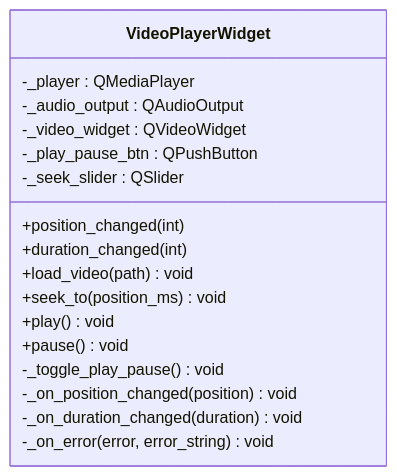
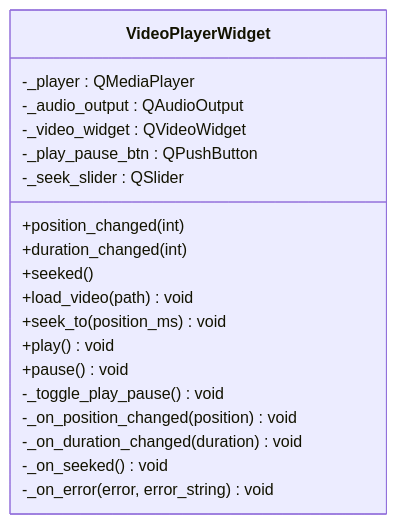
The third of 7 diagrams in .qoder/repowiki/zh/content/用户界面/视频播放器组件.md (boyingliu01/VideoSplitter), drawn with Mermaid before and after one commit. The commit also changed other lines of this file and 147 other files, not shown here.

````diff
--- a/.qoder/repowiki/zh/content/用户界面/视频播放器组件.md
+++ b/.qoder/repowiki/zh/content/用户界面/视频播放器组件.md
@@ -113,20 +124,22 @@
 ```mermaid
 classDiagram
 class VideoPlayerWidget {
 +position_changed(int)
 +duration_changed(int)
++seeked()
 +load_video(path) void
 +seek_to(position_ms) void
 +play() void
 +pause() void
 -_player : QMediaPlayer
 -_audio_output : QAudioOutput
 -_video_widget : QVideoWidget
 -_play_pause_btn : QPushButton
 -_seek_slider : QSlider
 -_toggle_play_pause() void
 -_on_position_changed(position) void
 -_on_duration_changed(duration) void
+-_on_seeked() void
 -_on_error(error, error_string) void
 }
 ```
````
